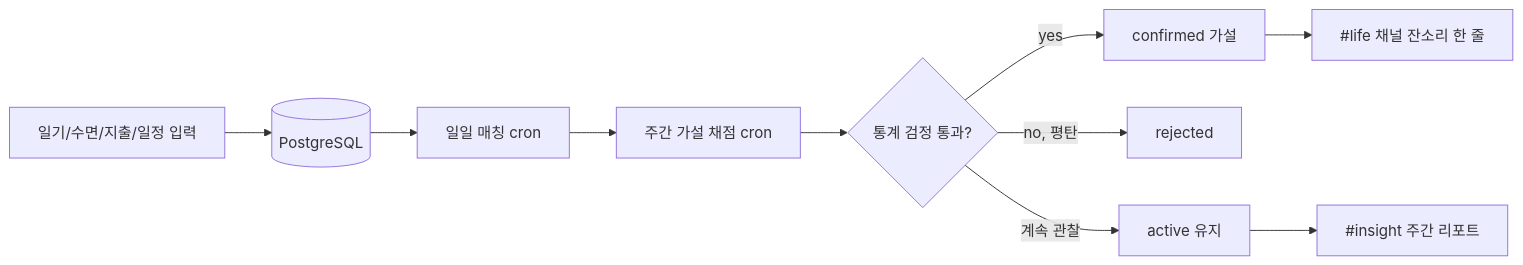
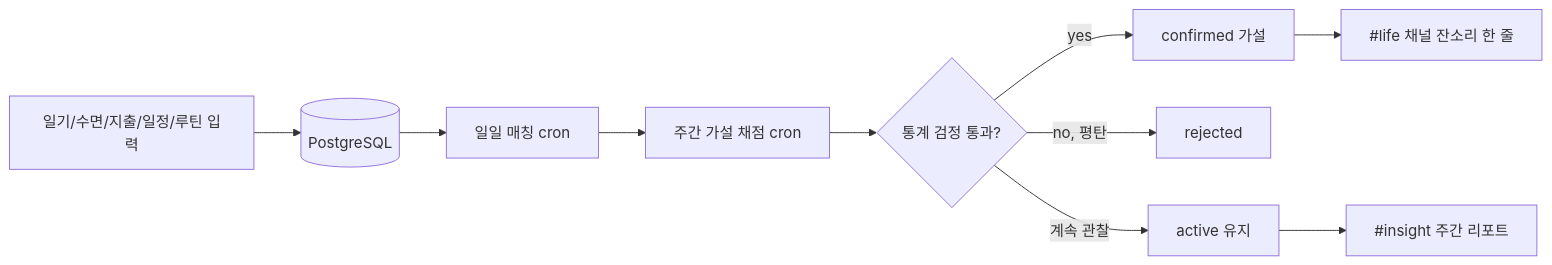
The first of 9 diagrams in docs/insight-verification-explainer.md (hyewon3938/slack-ai-agents), drawn with Mermaid before and after one commit. The commit also changed other lines of this file, not shown here.

````diff
--- a/docs/insight-verification-explainer.md
+++ b/docs/insight-verification-explainer.md
@@ -43,12 +53,12 @@
 ```mermaid
 flowchart LR
-    A[일기/수면/지출/일정 입력] --> B[(PostgreSQL)]
+    A[일기/수면/지출/일정/루틴 입력] --> B[(PostgreSQL)]
     B --> C[일일 매칭 cron]
     C --> D[주간 가설 채점 cron]
     D --> E{통계 검정 통과?}
     E -- yes --> F[confirmed 가설]
     E -- no, 평탄 --> G[rejected]
     E -- 계속 관찰 --> H[active 유지]
     F --> I[#life 채널 잔소리 한 줄]
     H --> J[#insight 주간 리포트]
 ```
````
